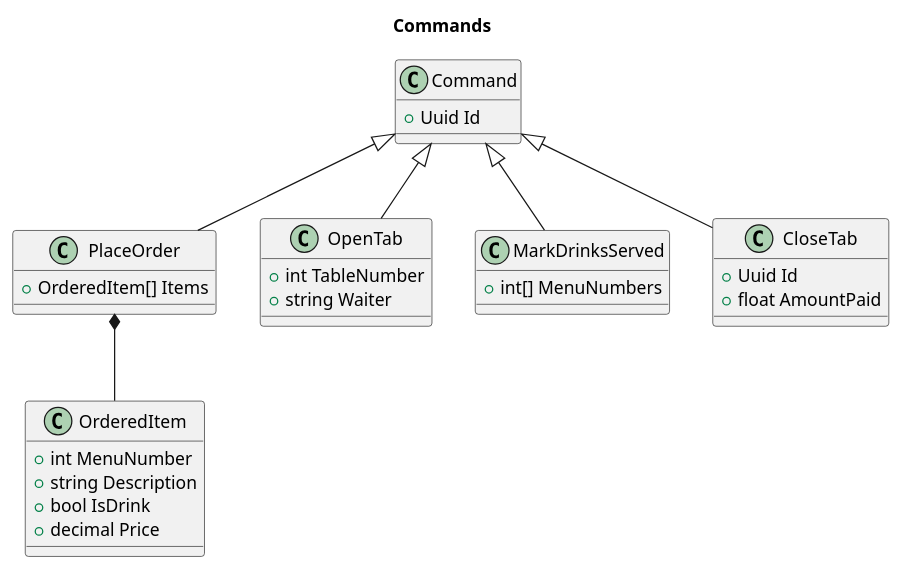
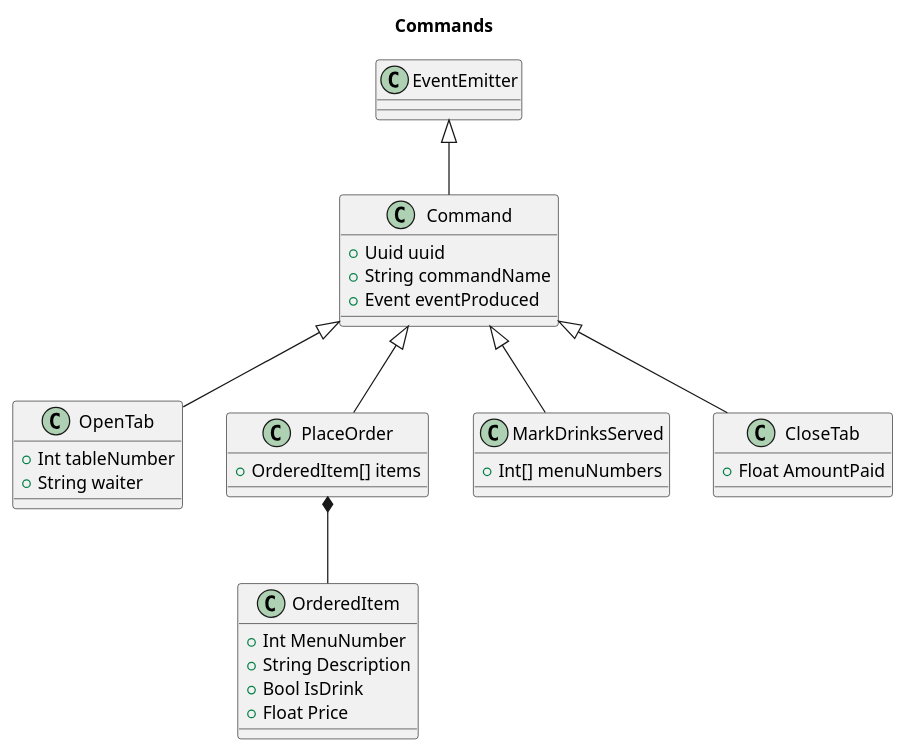
One commit to lenriquezt/TDD-App changed the diagram in docs/puml/commands.puml. Above: the diagram before and after it, drawn with PlantUML. The commit also changed 3 other files, not shown here.

```diff
--- a/docs/puml/commands.puml
+++ b/docs/puml/commands.puml
@@ -1,41 +1,48 @@
 @startuml commands
 
 title "Commands"
 
-class Command {
-    + Uuid Id
+class EventEmitter{
+
 }
 
-class PlaceOrder {
-    + OrderedItem[] Items
+class Command{
+    + Uuid uuid
+    + String commandName
+    + Event eventProduced
 }
 
 class OpenTab {
-    + int TableNumber
-    + string Waiter
+    + Int tableNumber
+    + String waiter
+}
+
+class PlaceOrder{
+    + OrderedItem[] items
 }
 
 class MarkDrinksServed {
-    + int[] MenuNumbers
+    + Int[] menuNumbers
 }
 
 class CloseTab {
-    + Uuid Id
-    + float AmountPaid
+    + Float AmountPaid
 }
+
+class OrderedItem {
+    + Int MenuNumber
+    + String Description
+    + Bool IsDrink
+    + Float Price
+}
+
+EventEmitter <|-- Command
 
 Command <|-- PlaceOrder
 Command <|-- OpenTab
 Command <|-- MarkDrinksServed
 Command <|-- CloseTab
 
-class OrderedItem {
-    + int MenuNumber
-    + string Description
-    + bool IsDrink
-    + decimal Price
-}
-
 PlaceOrder *-- OrderedItem
 
 @enduml
```
